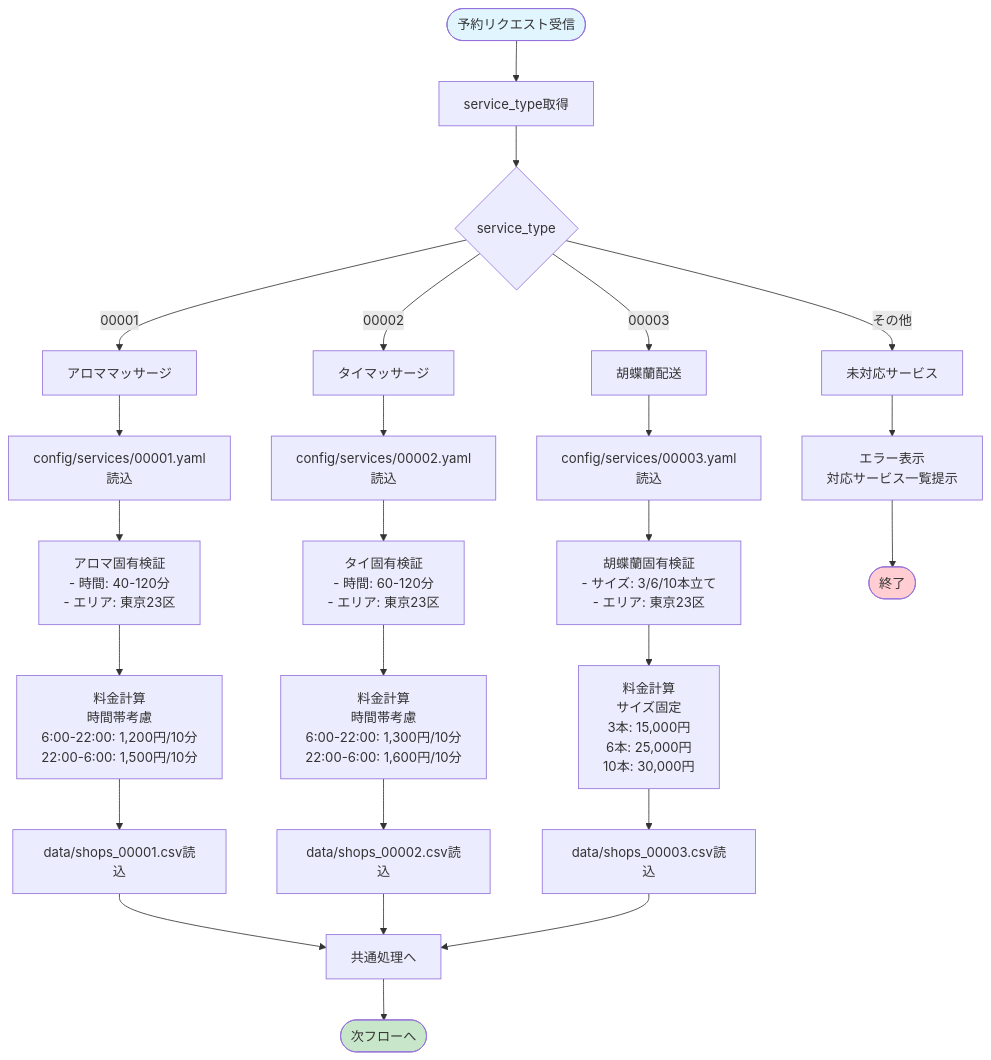
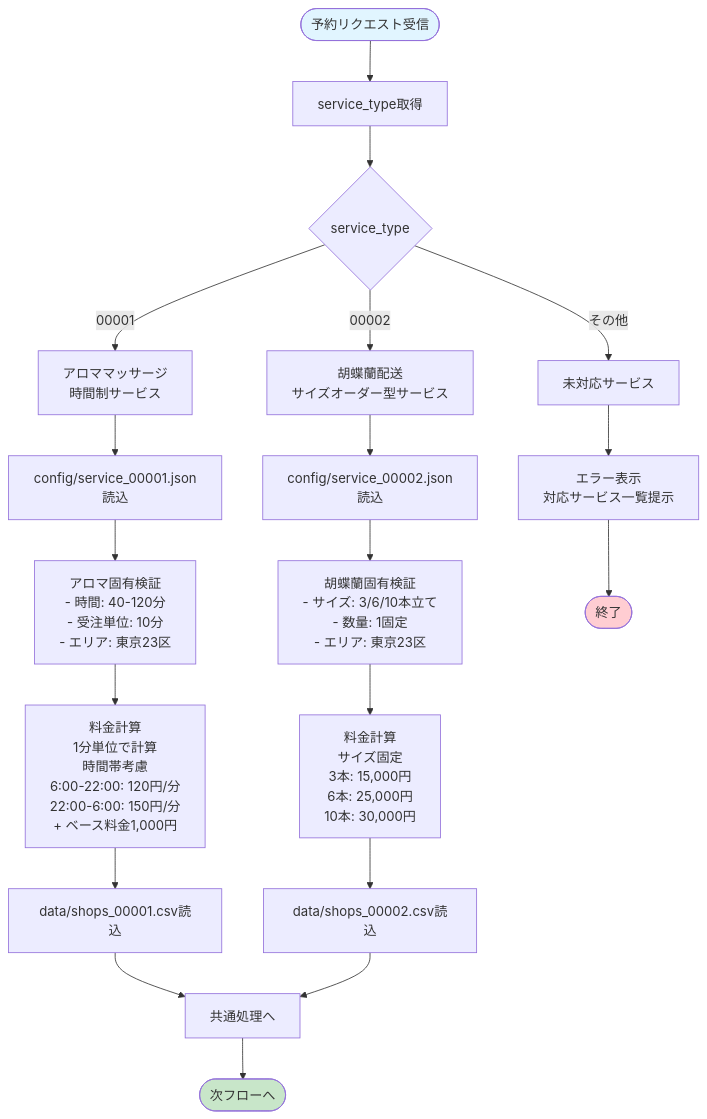
Before and after one commit to kshimono/mcp_phone: the ninth of 9 diagrams in requiremet/業務フロー図.md, drawn with Mermaid. The commit also changed other lines of this file and 2 other files, not shown here.

````diff
--- a/requiremet/業務フロー図.md
+++ b/requiremet/業務フロー図.md
@@ -401,39 +416,33 @@
 ```mermaid
 graph TB
     Start([予約リクエスト受信]) --> LoadType[service_type取得]
     LoadType --> Branch{service_type}
 
-    Branch -->|00001| Aroma[アロママッサージ]
-    Branch -->|00002| Thai[タイマッサージ]
-    Branch -->|00003| Orchid[胡蝶蘭配送]
+    Branch -->|00001| Aroma[アロママッサージ<br/>時間制サービス]
+    Branch -->|00002| Orchid[胡蝶蘭配送<br/>サイズオーダー型サービス]
     Branch -->|その他| Unknown[未対応サービス]
 
-    Aroma --> LoadAromaDef[config/services/00001.yaml読込]
-    Thai --> LoadThaiDef[config/services/00002.yaml読込]
-    Orchid --> LoadOrchidDef[config/services/00003.yaml読込]
+    Aroma --> LoadAromaDef[config/service_00001.json読込]
+    Orchid --> LoadOrchidDef[config/service_00002.json読込]
 
-    LoadAromaDef --> ValidateAroma[アロマ固有検証<br/>- 時間: 40-120分<br/>- エリア: 東京23区]
-    LoadThaiDef --> ValidateThai[タイ固有検証<br/>- 時間: 60-120分<br/>- エリア: 東京23区]
-    LoadOrchidDef --> ValidateOrchid[胡蝶蘭固有検証<br/>- サイズ: 3/6/10本立て<br/>- エリア: 東京23区]
+    LoadAromaDef --> ValidateAroma[アロマ固有検証<br/>- 時間: 40-120分<br/>- 受注単位: 10分<br/>- エリア: 東京23区]
+    LoadOrchidDef --> ValidateOrchid[胡蝶蘭固有検証<br/>- サイズ: 3/6/10本立て<br/>- 数量: 1固定<br/>- エリア: 東京23区]
 
-    ValidateAroma --> CalcAromaPrice[料金計算<br/>時間帯考慮<br/>6:00-22:00: 1,200円/10分<br/>22:00-6:00: 1,500円/10分]
-    ValidateThai --> CalcThaiPrice[料金計算<br/>時間帯考慮<br/>6:00-22:00: 1,300円/10分<br/>22:00-6:00: 1,600円/10分]
+    ValidateAroma --> CalcAromaPrice[料金計算<br/>1分単位で計算<br/>時間帯考慮<br/>6:00-22:00: 120円/分<br/>22:00-6:00: 150円/分<br/>+ ベース料金1,000円]
     ValidateOrchid --> CalcOrchidPrice[料金計算<br/>サイズ固定<br/>3本: 15,000円<br/>6本: 25,000円<br/>10本: 30,000円]
 
     CalcAromaPrice --> LoadAromaShops[data/shops_00001.csv読込]
-    CalcThaiPrice --> LoadThaiShops[data/shops_00002.csv読込]
-    CalcOrchidPrice --> LoadOrchidShops[data/shops_00003.csv読込]
+    CalcOrchidPrice --> LoadOrchidShops[data/shops_00002.csv読込]
 
     LoadAromaShops --> Common[共通処理へ]
-    LoadThaiShops --> Common
     LoadOrchidShops --> Common
 
     Unknown --> ShowError[エラー表示<br/>対応サービス一覧提示]
     ShowError --> End2([終了])
 
     Common --> End1([次フローへ])
 
     style Start fill:#e1f5ff
     style End1 fill:#c8e6c9
     style End2 fill:#ffcdd2
 ```
````
